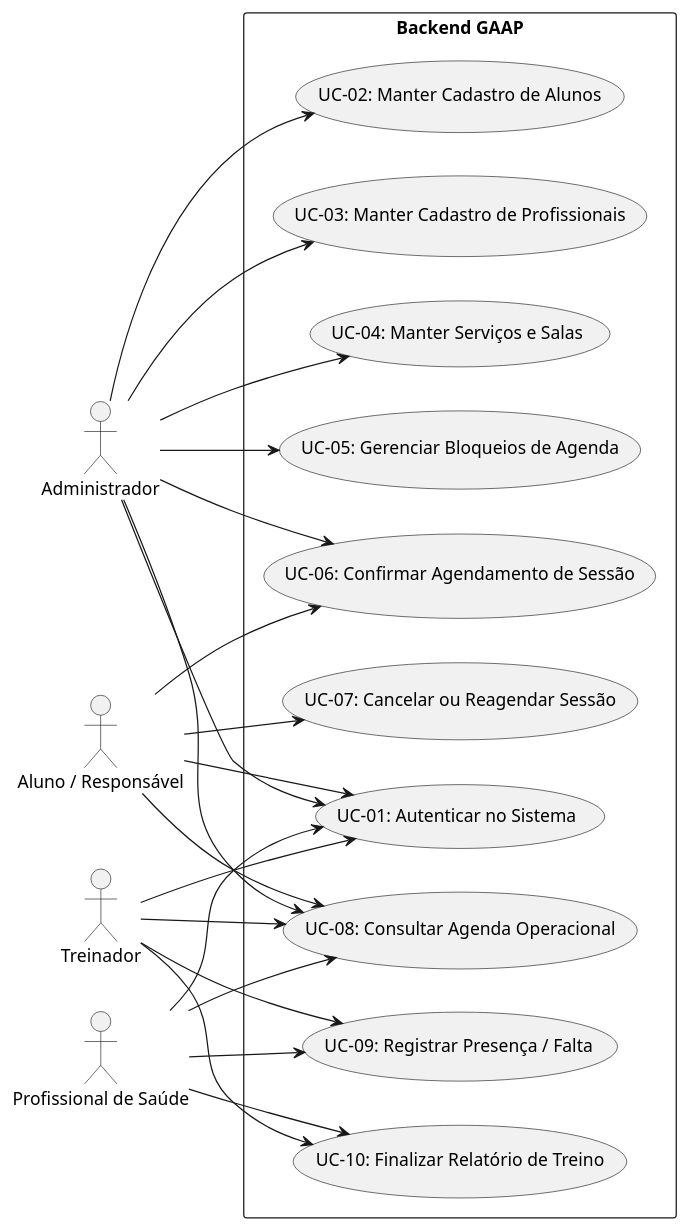
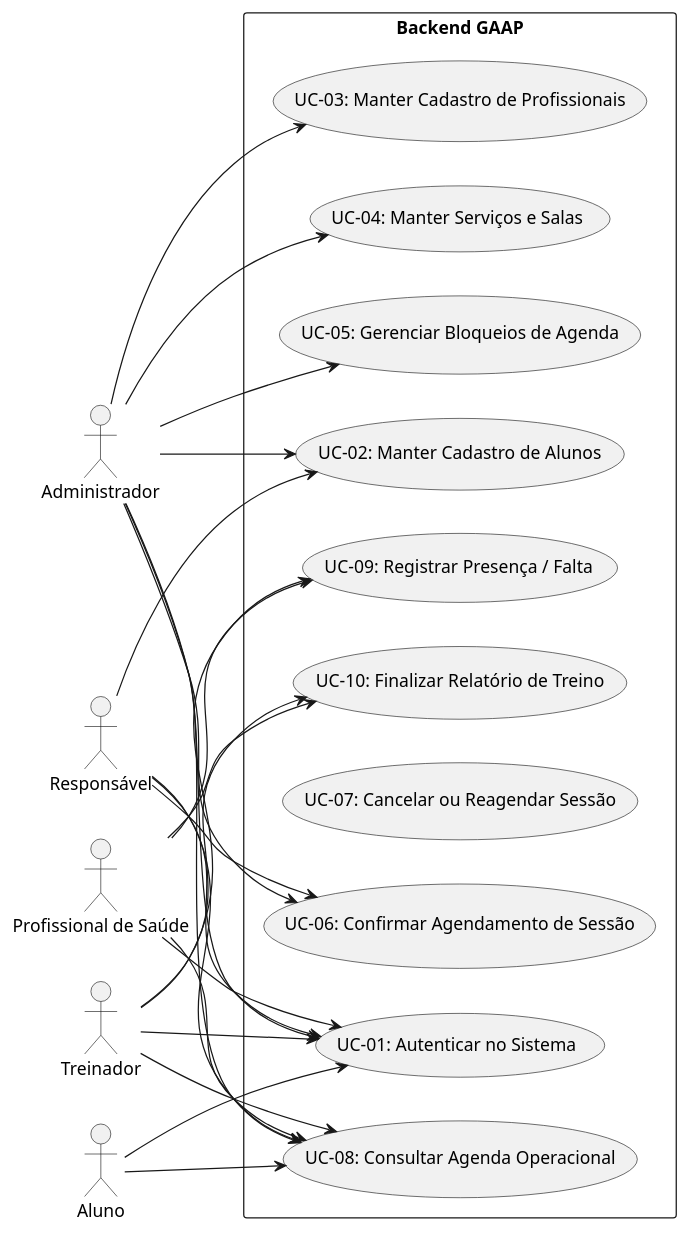
Before and after one commit to Projetos-de-Extensao/PBE_26.2_8002_III: the diagram in docs/Elaboracao/casos_de_uso.md, drawn with PlantUML. The commit also changed other lines of this file and 20 other files, not shown here.

Commit message:
Criando a vinculação de responsável com o aluno

````diff
--- a/docs/Elaboracao/casos_de_uso.md
+++ b/docs/Elaboracao/casos_de_uso.md
@@ -10,47 +10,51 @@
 ```plantuml
 @startuml
 left to right direction
 skinparam packageStyle rectangle
 
 actor "Administrador" as Admin
 actor "Treinador" as Coach
 actor "Profissional de Saúde" as Health
-actor "Aluno / Responsável" as Student
+actor "Aluno" as Student
+actor "Responsável" as Guardian
 
 rectangle "Backend GAAP" {
   usecase "UC-01: Autenticar no Sistema" as UC01
   usecase "UC-02: Manter Cadastro de Alunos" as UC02
   usecase "UC-03: Manter Cadastro de Profissionais" as UC03
   usecase "UC-04: Manter Serviços e Salas" as UC04
   usecase "UC-05: Gerenciar Bloqueios de Agenda" as UC05
   usecase "UC-06: Confirmar Agendamento de Sessão" as UC06
   usecase "UC-07: Cancelar ou Reagendar Sessão" as UC07
   usecase "UC-08: Consultar Agenda Operacional" as UC08
   usecase "UC-09: Registrar Presença / Falta" as UC09
   usecase "UC-10: Finalizar Relatório de Treino" as UC10
 }
 
 Admin --> UC01
 Admin --> UC02
 Admin --> UC03
 Admin --> UC04
 Admin --> UC05
 Admin --> UC06
 Admin --> UC08
 
 Coach --> UC01
 Coach --> UC08
 Coach --> UC09
 Coach --> UC10
 
 Health --> UC01
 Health --> UC08
 Health --> UC09
 Health --> UC10
 
 Student --> UC01
-Student --> UC06
-Student --> UC07
 Student --> UC08
+
+Guardian --> UC01
+Guardian --> UC02
+Guardian --> UC06
+Guardian --> UC08
 @enduml
 ```
````
